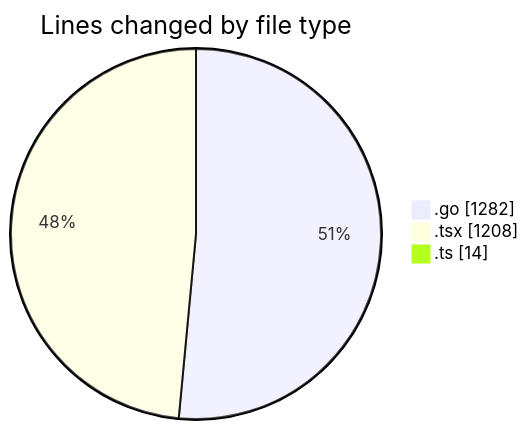
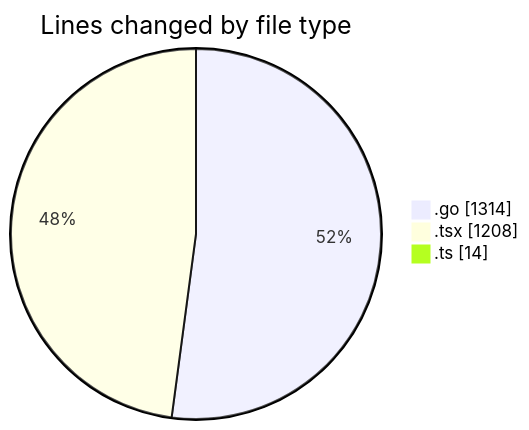
Before and after one commit to robertbonfada/code-tracking: the first of 2 diagrams in 2025-03-05/termonied_testador/README.md, drawn with Mermaid. The commit also changed other lines of this file and 1 other file, not shown here.

````diff
--- a/2025-03-05/termonied_testador/README.md
+++ b/2025-03-05/termonied_testador/README.md
@@ -28,7 +28,7 @@
 ```mermaid
 pie showData
 title Lines changed by file type
-".go" : 1282
+".go" : 1314
 ".tsx" : 1208
 ".ts" : 14
 ```
````
